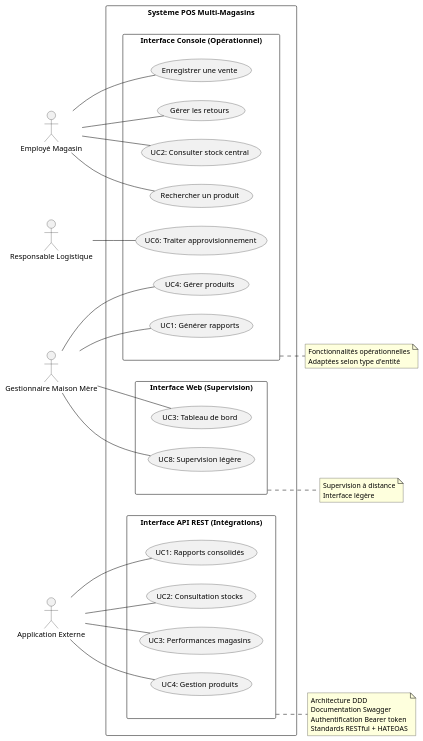
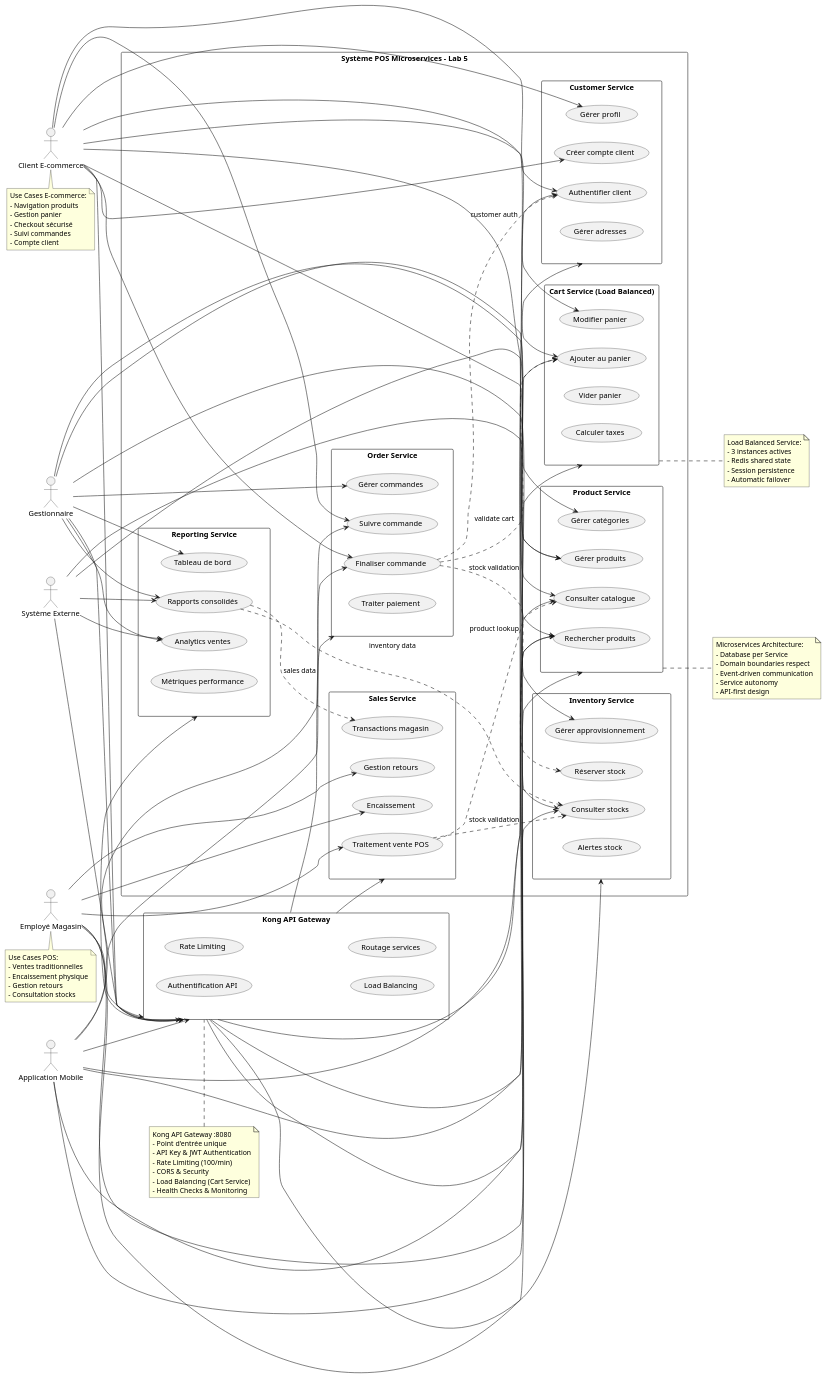
The diagram in docs/uml/cas_utilisation.puml (MelvinSDRS/log430-lab7-bis), drawn with PlantUML before and after one commit. The commit also changed 70 other files, not shown here.

```diff
--- a/docs/uml/cas_utilisation.puml
+++ b/docs/uml/cas_utilisation.puml
@@ -1,75 +1,188 @@
 @startuml
 left to right direction
 
-actor "Employé Magasin" as EM
-actor "Responsable Logistique" as RL
-actor "Gestionnaire Maison Mère" as GM
-actor "Application Externe" as AE
+' Acteurs principaux
+actor "Client E-commerce" as CLIENT
+actor "Employé Magasin" as EMPLOYEE
+actor "Gestionnaire" as MANAGER
+actor "Application Mobile" as MOBILE
+actor "Système Externe" as EXTERNAL
 
-rectangle "Système POS Multi-Magasins" {
+rectangle "Système POS Microservices - Lab 5" {
   
-  rectangle "Interface Console (Opérationnel)" as CONSOLE {
-    ' UC hérités du Lab 1
-    (Rechercher un produit) as UC_RECHERCHE
-    (Enregistrer une vente) as UC_VENTE
-    (Gérer les retours) as UC_RETOUR
-    
-    ' UC Lab 2 - Console
-    (UC1: Générer rapports) as UC1_CONSOLE
-    (UC2: Consulter stock central) as UC2
-    (UC4: Gérer produits) as UC4_CONSOLE
-    (UC6: Traiter approvisionnement) as UC6
+  ' Product Service Use Cases
+  rectangle "Product Service" as PRODUCT_BC {
+    (Consulter catalogue) as UC_CATALOG
+    (Rechercher produits) as UC_SEARCH
+    (Gérer produits) as UC_MANAGE_PRODUCTS
+    (Gérer catégories) as UC_MANAGE_CATEGORIES
   }
   
-  rectangle "Interface Web (Supervision)" as WEB {
-    (UC3: Tableau de bord) as UC3_WEB
-    (UC8: Supervision légère) as UC8
+  ' Customer Service Use Cases  
+  rectangle "Customer Service" as CUSTOMER_BC {
+    (Créer compte client) as UC_REGISTER
+    (Authentifier client) as UC_LOGIN
+    (Gérer profil) as UC_PROFILE
+    (Gérer adresses) as UC_ADDRESSES
   }
   
-  rectangle "Interface API REST (Intégrations)" as API {
-    (UC1: Rapports consolidés) as UC1_API
-    (UC2: Consultation stocks) as UC2_API
-    (UC3: Performances magasins) as UC3_API
-    (UC4: Gestion produits) as UC4_API
+  ' Cart Service Use Cases
+  rectangle "Cart Service (Load Balanced)" as CART_BC {
+    (Ajouter au panier) as UC_ADD_CART
+    (Modifier panier) as UC_UPDATE_CART
+    (Vider panier) as UC_CLEAR_CART
+    (Calculer taxes) as UC_CALC_TAXES
   }
   
-  ' Relations Console
-  EM -- UC_RECHERCHE
-  EM -- UC_VENTE
-  EM -- UC_RETOUR
-  EM -- UC2
+  ' Order Service Use Cases
+  rectangle "Order Service" as ORDER_BC {
+    (Finaliser commande) as UC_CHECKOUT
+    (Suivre commande) as UC_TRACK_ORDER
+    (Gérer commandes) as UC_MANAGE_ORDERS
+    (Traiter paiement) as UC_PAYMENT
+  }
   
-  RL -- UC6
+  ' Inventory Service Use Cases
+  rectangle "Inventory Service" as INVENTORY_BC {
+    (Consulter stocks) as UC_CHECK_STOCK
+    (Réserver stock) as UC_RESERVE_STOCK
+    (Gérer approvisionnement) as UC_REPLENISH
+    (Alertes stock) as UC_STOCK_ALERTS
+  }
   
-  GM -- UC1_CONSOLE
-  GM -- UC4_CONSOLE
+  ' Sales Service Use Cases (POS)
+  rectangle "Sales Service" as SALES_BC {
+    (Traitement vente POS) as UC_POS_SALE
+    (Gestion retours) as UC_RETURNS
+    (Transactions magasin) as UC_STORE_TRANS
+    (Encaissement) as UC_CASHIER
+  }
   
-  ' Relations Web
-  GM -- UC3_WEB
-  GM -- UC8
-  
-  ' Relations API REST
-  AE -- UC1_API
-  AE -- UC2_API
-  AE -- UC3_API
-  AE -- UC4_API
+  ' Reporting Service Use Cases
+  rectangle "Reporting Service" as REPORTING_BC {
+    (Rapports consolidés) as UC_REPORTS
+    (Tableau de bord) as UC_DASHBOARD
+    (Analytics ventes) as UC_ANALYTICS
+    (Métriques performance) as UC_METRICS
+  }
 }
 
-note right of CONSOLE
-  Fonctionnalités opérationnelles
-  Adaptées selon type d'entité
+' Kong API Gateway
+rectangle "Kong API Gateway" as GATEWAY {
+  (Authentification API) as UC_API_AUTH
+  (Rate Limiting) as UC_RATE_LIMIT
+  (Load Balancing) as UC_LOAD_BALANCE
+  (Routage services) as UC_ROUTING
+  }
+  
+' Relations Client E-commerce
+CLIENT --> UC_CATALOG
+CLIENT --> UC_SEARCH
+CLIENT --> UC_REGISTER
+CLIENT --> UC_LOGIN
+CLIENT --> UC_PROFILE
+CLIENT --> UC_ADD_CART
+CLIENT --> UC_UPDATE_CART
+CLIENT --> UC_CHECKOUT
+CLIENT --> UC_TRACK_ORDER
+
+' Relations Employé Magasin
+EMPLOYEE --> UC_POS_SALE
+EMPLOYEE --> UC_RETURNS
+EMPLOYEE --> UC_CASHIER
+EMPLOYEE --> UC_CHECK_STOCK
+EMPLOYEE --> UC_SEARCH
+
+' Relations Gestionnaire
+MANAGER --> UC_MANAGE_PRODUCTS
+MANAGER --> UC_MANAGE_CATEGORIES
+MANAGER --> UC_REPORTS
+MANAGER --> UC_DASHBOARD
+MANAGER --> UC_ANALYTICS
+MANAGER --> UC_REPLENISH
+MANAGER --> UC_MANAGE_ORDERS
+
+' Relations Application Mobile
+MOBILE --> UC_CATALOG
+MOBILE --> UC_SEARCH
+MOBILE --> UC_ADD_CART
+MOBILE --> UC_CHECKOUT
+MOBILE --> UC_TRACK_ORDER
+MOBILE --> UC_LOGIN
+
+' Relations Système Externe
+EXTERNAL --> UC_MANAGE_PRODUCTS
+EXTERNAL --> UC_REPORTS
+EXTERNAL --> UC_CHECK_STOCK
+EXTERNAL --> UC_ANALYTICS
+
+' Toutes les interactions passent par Kong Gateway
+CLIENT --> GATEWAY
+EMPLOYEE --> GATEWAY
+MANAGER --> GATEWAY
+MOBILE --> GATEWAY
+EXTERNAL --> GATEWAY
+
+' Gateway route vers les services
+GATEWAY --> PRODUCT_BC
+GATEWAY --> CUSTOMER_BC
+GATEWAY --> CART_BC
+GATEWAY --> ORDER_BC
+GATEWAY --> INVENTORY_BC
+GATEWAY --> SALES_BC
+GATEWAY --> REPORTING_BC
+
+' Relations internes entre services (via Kong)
+UC_CHECKOUT ..> UC_ADD_CART : "validate cart"
+UC_CHECKOUT ..> UC_RESERVE_STOCK : "stock validation"
+UC_CHECKOUT ..> UC_LOGIN : "customer auth"
+UC_POS_SALE ..> UC_CHECK_STOCK : "stock validation"
+UC_POS_SALE ..> UC_CATALOG : "product lookup"
+UC_REPORTS ..> UC_STORE_TRANS : "sales data"
+UC_REPORTS ..> UC_CHECK_STOCK : "inventory data"
+
+note top of GATEWAY
+  Kong API Gateway :8080
+  - Point d'entrée unique
+  - API Key & JWT Authentication
+  - Rate Limiting (100/min)
+  - CORS & Security
+  - Load Balancing (Cart Service)
+  - Health Checks & Monitoring
 end note
 
-note right of WEB
-  Supervision à distance
-  Interface légère
+note right of CART_BC
+  Load Balanced Service:
+  - 3 instances actives
+  - Redis shared state
+  - Session persistence
+  - Automatic failover
 end note
 
-note right of API
-  Architecture DDD
-  Documentation Swagger
-  Authentification Bearer token
-  Standards RESTful + HATEOAS
+note right of PRODUCT_BC
+  Microservices Architecture:
+  - Database per Service
+  - Domain boundaries respect
+  - Event-driven communication
+  - Service autonomy
+  - API-first design
+end note
+
+note bottom of CLIENT
+  Use Cases E-commerce:
+  - Navigation produits
+  - Gestion panier
+  - Checkout sécurisé
+  - Suivi commandes
+  - Compte client
+end note
+
+note bottom of EMPLOYEE
+  Use Cases POS:
+  - Ventes traditionnelles
+  - Encaissement physique
+  - Gestion retours
+  - Consultation stocks
 end note
 
 @enduml
```
